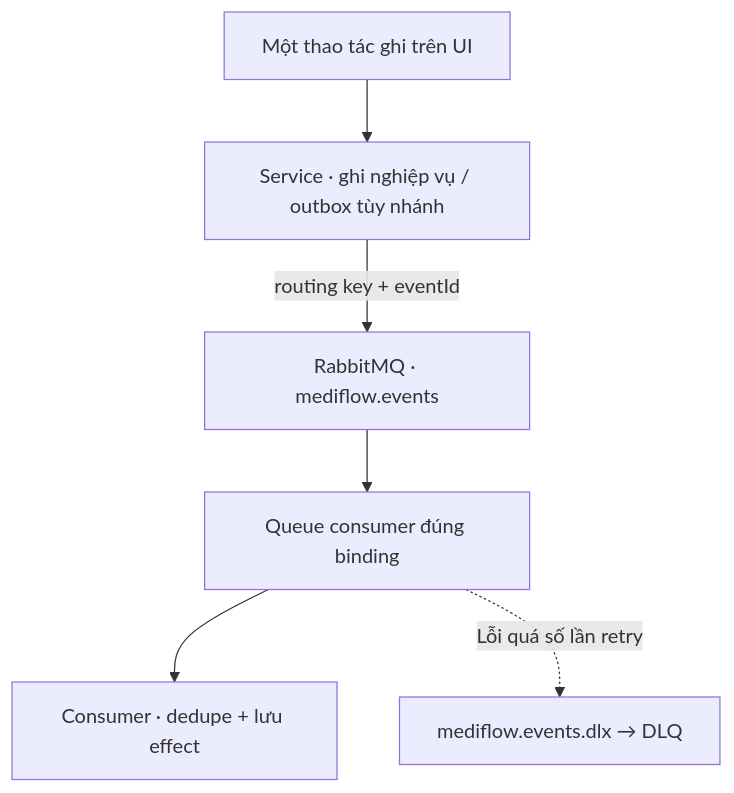
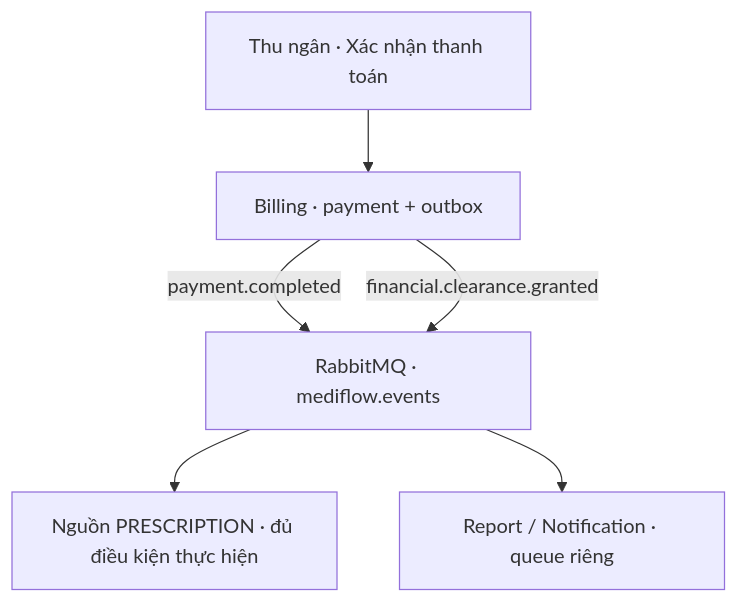
One commit to Dangvinh77/MediFlow changed the diagram in scripts/demo_25_10/artifacts/service-demo/diagrams/18.mmd. Above: the diagram before and after it, drawn with Mermaid. The commit also changed 27 other files, not shown here.

First line of the commit message:
docs(demo): add FR, use case, architecture and Gateway slides with MediFlow theme

```diff
--- a/scripts/demo_25_10/artifacts/service-demo/diagrams/18.mmd
+++ b/scripts/demo_25_10/artifacts/service-demo/diagrams/18.mmd
@@ -1,6 +1,6 @@
 flowchart TB
-U["Một thao tác ghi trên UI"] --> S["Service · ghi nghiệp vụ / outbox tùy nhánh"]
-S -->|"routing key + eventId"| R["RabbitMQ · mediflow.events"]
-R --> Q["Queue consumer đúng binding"]
-Q --> C["Consumer · dedupe + lưu effect"]
-Q -.->|"Lỗi quá số lần retry"| D["mediflow.events.dlx → DLQ"]
+U["Thu ngân · Xác nhận thanh toán"] --> B["Billing · payment + outbox"]
+B -->|"payment.completed"| R["RabbitMQ · mediflow.events"]
+B -->|"financial.clearance.granted"| R
+R --> C["Nguồn PRESCRIPTION · đủ điều kiện thực hiện"]
+R --> S["Report / Notification · queue riêng"]
```
